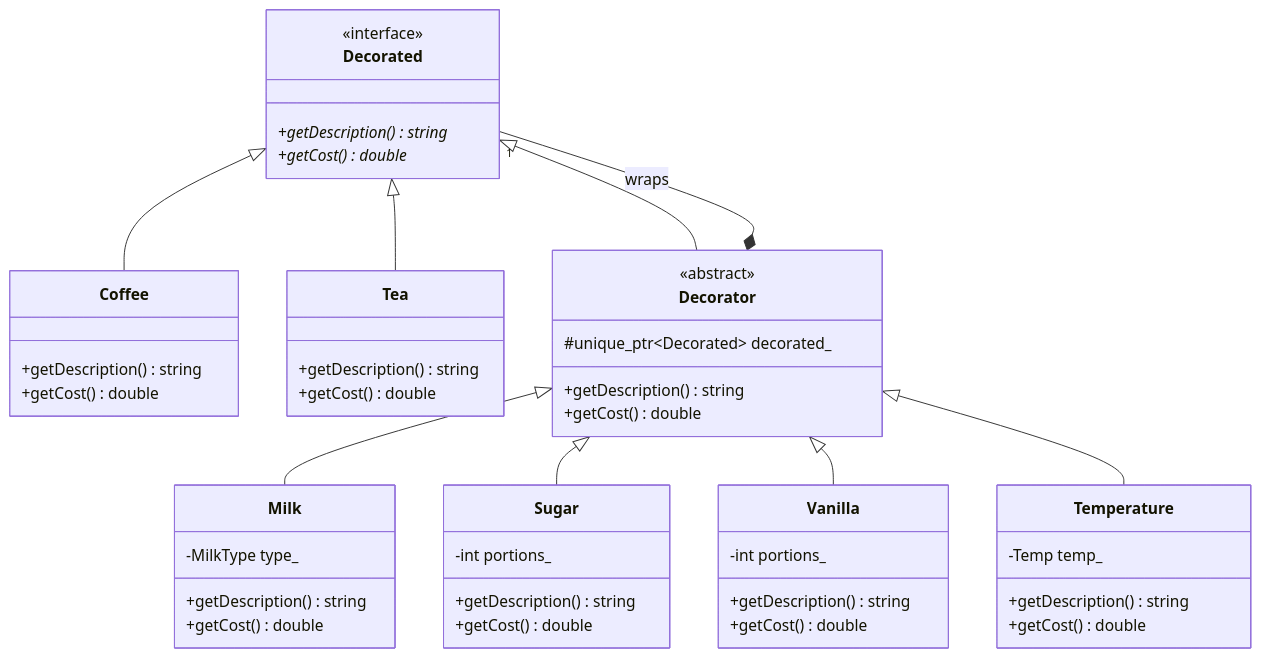
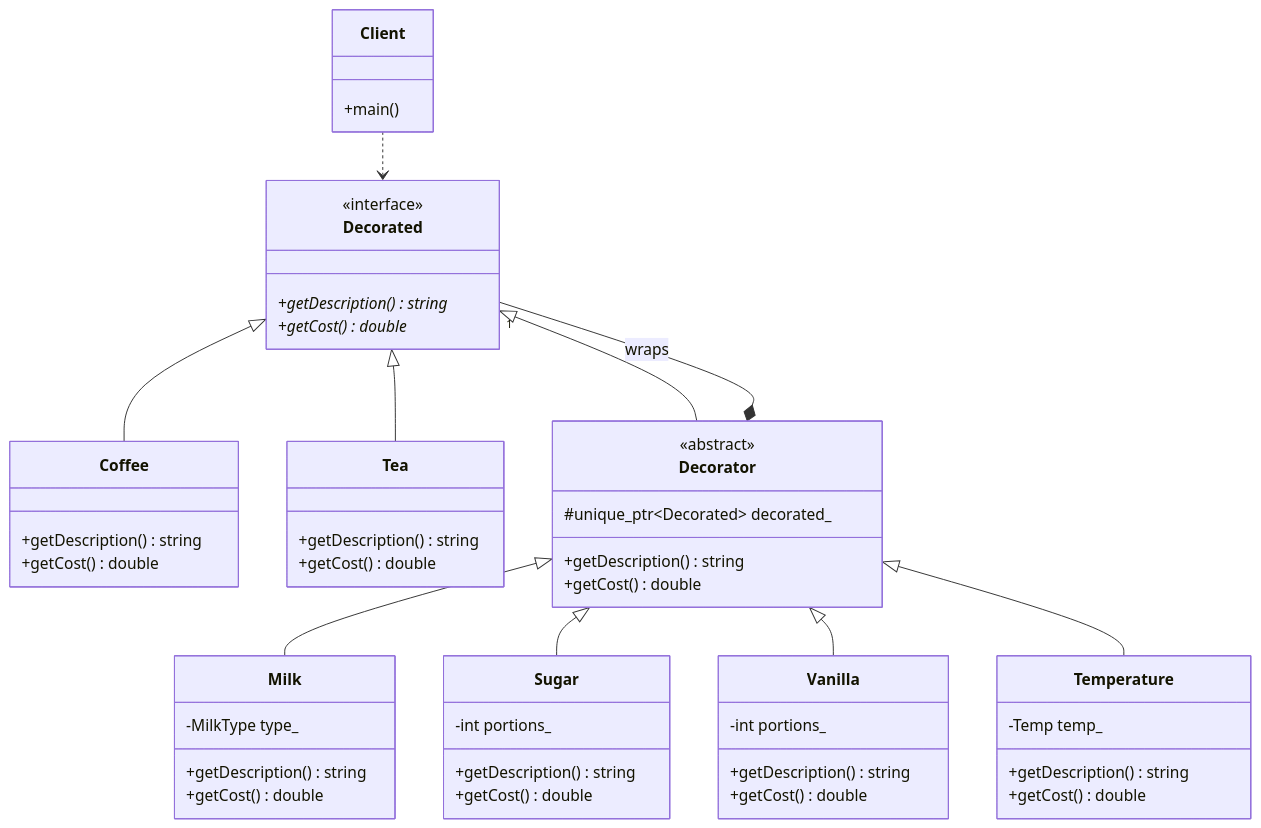
One commit to Cichlidfishexigency721/Modern-CPP-Design-Patterns changed the diagram in 11_Decorator/Advanced/diagram.md. Above: the diagram before and after it, drawn with Mermaid.

Commit message:
UML improvement

````diff
--- a/11_Decorator/Advanced/diagram.md
+++ b/11_Decorator/Advanced/diagram.md
@@ -3,62 +3,69 @@
 ```mermaid
 classDiagram
    class Decorated {
       <<interface>>
       +getDescription()* string
       +getCost()* double
    }
 
    class Coffee {
       +getDescription() string
       +getCost() double
    }
 
    class Tea {
       +getDescription() string
       +getCost() double
    }
 
    class Decorator {
       <<abstract>>
       #unique_ptr~Decorated~ decorated_
       +getDescription() string
       +getCost() double
    }
 
    class Milk {
       -MilkType type_
       +getDescription() string
       +getCost() double
    }
 
    class Sugar {
       -int portions_
       +getDescription() string
       +getCost() double
    }
 
    class Vanilla {
       -int portions_
       +getDescription() string
       +getCost() double
    }
 
    class Temperature {
       -Temp temp_
       +getDescription() string
       +getCost() double
    }
 
+   class Client {
+      +main()
+   }
+
    %% Inheritance (Is_a) - No numbers
    Decorated <|-- Coffee
    Decorated <|-- Tea
    Decorated <|-- Decorator
    Decorator <|-- Milk
    Decorator <|-- Sugar
    Decorator <|-- Vanilla
    Decorator <|-- Temperature
 
    %% The "Is a" and "Has a" core logic
    %% Composition (Has_a) - Multiplicity "1" at the end
    Decorator *-- "1" Decorated : wraps
+
+   %% Dependency - No numbers
+   Client ..> Decorated
 ```
````
